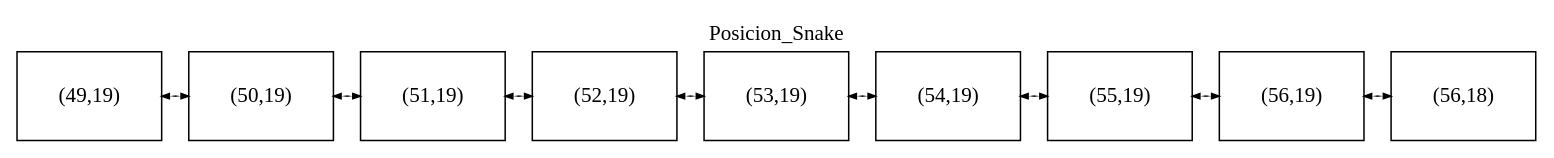
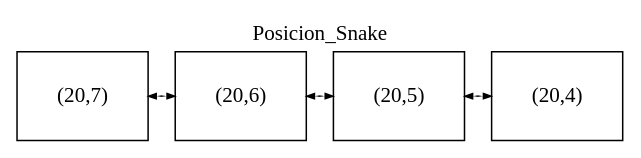
Before and after one commit to mariotun/EDD_1S2019_P1_201602942: the diagram in snake_list.dot, drawn with Graphviz. The commit also changed 11 other files, not shown here.

```diff
--- a/snake_list.dot
+++ b/snake_list.dot
@@ -1,17 +1,12 @@
 digraph Lista_Snake{
  label=Posicion_Snake; 
  labelloc=t; 
 node[margin=0.3 fontcolor=black shape=box];
 {rank=same;
- <lista_doble.NodeLD object at 0x7f71b76cba20>[label="(49,19)"];
-<lista_doble.NodeLD object at 0x7f71b76bccc0>[label="(50,19)"];
-<lista_doble.NodeLD object at 0x7f71b76cb780>[label="(51,19)"];
-<lista_doble.NodeLD object at 0x7f71b76bcd30>[label="(52,19)"];
-<lista_doble.NodeLD object at 0x7f71b76cb940>[label="(53,19)"];
-<lista_doble.NodeLD object at 0x7f71b76bcc88>[label="(54,19)"];
-<lista_doble.NodeLD object at 0x7f71b76bcc18>[label="(55,19)"];
-<lista_doble.NodeLD object at 0x7f71b76bce80>[label="(56,19)"];
-<lista_doble.NodeLD object at 0x7f71b76bccf8>[label="(56,18)"];
-<lista_doble.NodeLD object at 0x7f71b76cba20>-><lista_doble.NodeLD object at 0x7f71b76bccc0>-><lista_doble.NodeLD object at 0x7f71b76cb780>-><lista_doble.NodeLD object at 0x7f71b76bcd30>-><lista_doble.NodeLD object at 0x7f71b76cb940>-><lista_doble.NodeLD object at 0x7f71b76bcc88>-><lista_doble.NodeLD object at 0x7f71b76bcc18>-><lista_doble.NodeLD object at 0x7f71b76bce80>-><lista_doble.NodeLD object at 0x7f71b76bccf8>
+ <lista_doble.NodeLD object at 0x7fb0d9ca6dd8>[label="(20,7)"];
+<lista_doble.NodeLD object at 0x7fb0d9ca6d30>[label="(20,6)"];
+<lista_doble.NodeLD object at 0x7fb0d9ca6da0>[label="(20,5)"];
+<lista_doble.NodeLD object at 0x7fb0d9ca6ef0>[label="(20,4)"];
+<lista_doble.NodeLD object at 0x7fb0d9ca6dd8>-><lista_doble.NodeLD object at 0x7fb0d9ca6d30>-><lista_doble.NodeLD object at 0x7fb0d9ca6da0>-><lista_doble.NodeLD object at 0x7fb0d9ca6ef0>
 [dir=both style=tapered arrowsize=0.5 penwidth=1 color=black];
 } }
```
